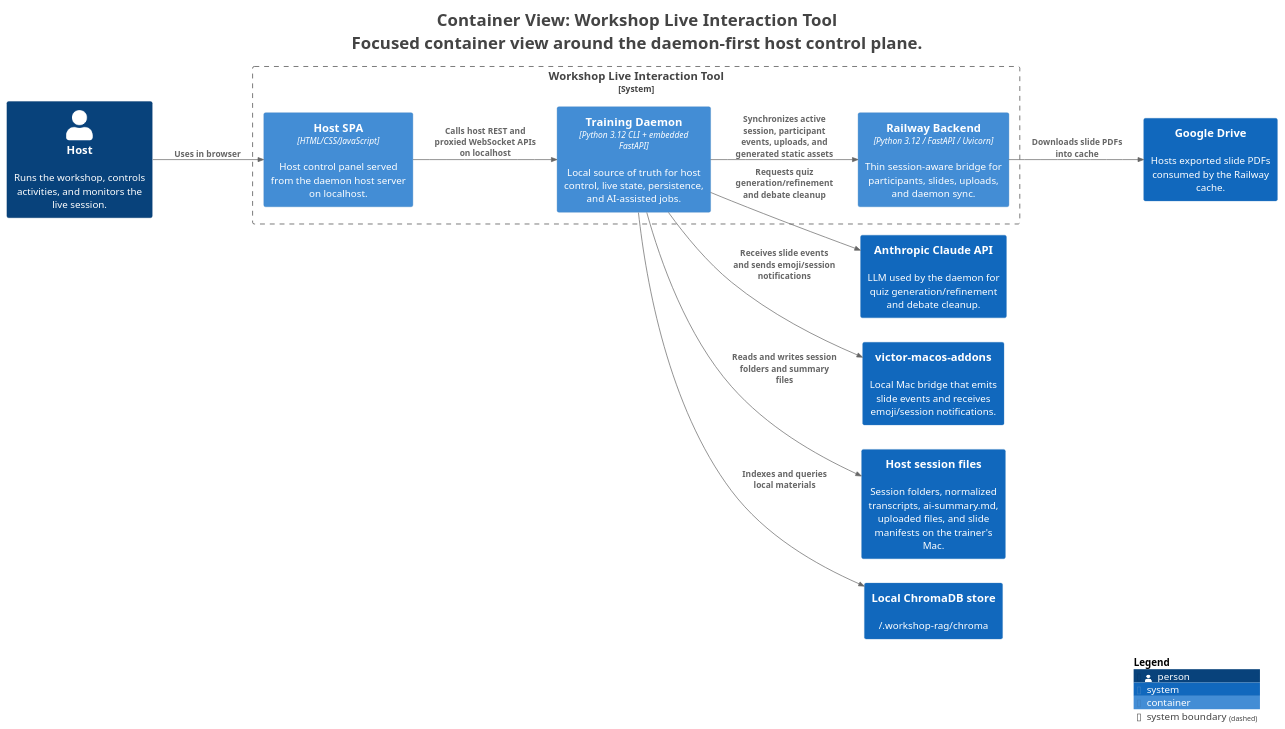
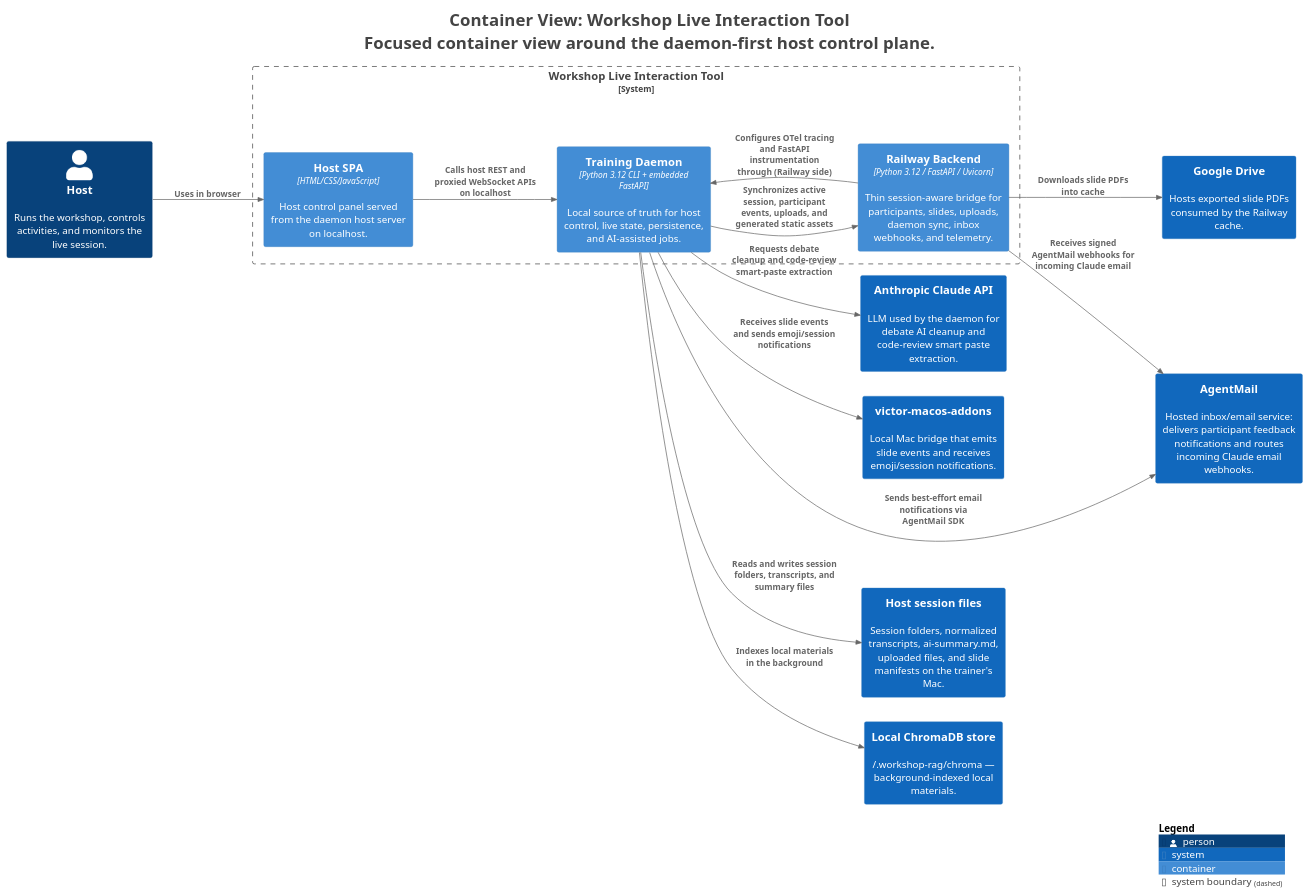
Before and after one commit to victorrentea/training-assistant: the diagram in docs/c4views/C2-Daemon-Flow.puml, drawn with PlantUML. The commit also changed 33 other files, not shown here.

```diff
--- a/docs/c4views/C2-Daemon-Flow.puml
+++ b/docs/c4views/C2-Daemon-Flow.puml
@@ -1,42 +1,46 @@
 @startuml
 title <size:24>Container View: Workshop Live Interaction Tool</size>\n<size:24>Focused container view around the daemon-first host control plane.</size>
 
 set separator none
 left to right direction
 
 <style>
   root {
     BackgroundColor: #ffffff
     FontColor: #444444
   }
 </style>
 
 !include <C4/C4>
 !include <C4/C4_Context>
 !include <C4/C4_Container>
 
 Person(Host, "Host", $descr="Runs the workshop, controls activities, and monitors the live session.", $tags="", $link="")
-System(AnthropicClaudeAPI, "Anthropic Claude API", $descr="LLM used by the daemon for quiz generation/refinement and debate cleanup.", $tags="", $link="")
+System(AnthropicClaudeAPI, "Anthropic Claude API", $descr="LLM used by the daemon for debate AI cleanup and code-review smart paste extraction.", $tags="", $link="")
 System(victormacosaddons, "victor-macos-addons", $descr="Local Mac bridge that emits slide events and receives emoji/session notifications.", $tags="", $link="")
 System(GoogleDrive, "Google Drive", $descr="Hosts exported slide PDFs consumed by the Railway cache.", $tags="", $link="")
+System(AgentMail, "AgentMail", $descr="Hosted inbox/email service: delivers participant feedback notifications and routes incoming Claude email webhooks.", $tags="", $link="")
 System(Hostsessionfiles, "Host session files", $descr="Session folders, normalized transcripts, ai-summary.md, uploaded files, and slide manifests on the trainer's Mac.", $tags="", $link="")
-System(LocalChromaDBstore, "Local ChromaDB store", $descr="~/.workshop-rag/chroma", $tags="", $link="")
+System(LocalChromaDBstore, "Local ChromaDB store", $descr="~/.workshop-rag/chroma — background-indexed local materials.", $tags="", $link="")
 
 System_Boundary("WorkshopLiveInteractionTool_boundary", "Workshop Live Interaction Tool", $tags="") {
   Container(WorkshopLiveInteractionTool.HostSPA, "Host SPA", $techn="HTML/CSS/JavaScript", $descr="Host control panel served from the daemon host server on localhost.", $tags="", $link="")
-  Container(WorkshopLiveInteractionTool.RailwayBackend, "Railway Backend", $techn="Python 3.12 / FastAPI / Uvicorn", $descr="Thin session-aware bridge for participants, slides, uploads, and daemon sync.", $tags="", $link="")
+  Container(WorkshopLiveInteractionTool.RailwayBackend, "Railway Backend", $techn="Python 3.12 / FastAPI / Uvicorn", $descr="Thin session-aware bridge for participants, slides, uploads, daemon sync, inbox webhooks, and telemetry.", $tags="", $link="")
   Container(WorkshopLiveInteractionTool.TrainingDaemon, "Training Daemon", $techn="Python 3.12 CLI + embedded FastAPI", $descr="Local source of truth for host control, live state, persistence, and AI-assisted jobs.", $tags="", $link="")
 }
 
 Rel(Host, WorkshopLiveInteractionTool.HostSPA, "Uses in browser", $techn="", $tags="", $link="")
 Rel(WorkshopLiveInteractionTool.HostSPA, WorkshopLiveInteractionTool.TrainingDaemon, "Calls host REST and proxied WebSocket APIs on localhost", $techn="", $tags="", $link="")
 Rel(WorkshopLiveInteractionTool.TrainingDaemon, WorkshopLiveInteractionTool.RailwayBackend, "Synchronizes active session, participant events, uploads, and generated static assets", $techn="", $tags="", $link="")
-Rel(WorkshopLiveInteractionTool.TrainingDaemon, AnthropicClaudeAPI, "Requests quiz generation/refinement and debate cleanup", $techn="", $tags="", $link="")
+Rel(WorkshopLiveInteractionTool.TrainingDaemon, AnthropicClaudeAPI, "Requests debate cleanup and code-review smart-paste extraction", $techn="", $tags="", $link="")
 Rel(WorkshopLiveInteractionTool.TrainingDaemon, victormacosaddons, "Receives slide events and sends emoji/session notifications", $techn="", $tags="", $link="")
-Rel(WorkshopLiveInteractionTool.TrainingDaemon, Hostsessionfiles, "Reads and writes session folders and summary files", $techn="", $tags="", $link="")
-Rel(WorkshopLiveInteractionTool.TrainingDaemon, LocalChromaDBstore, "Indexes and queries local materials", $techn="", $tags="", $link="")
+Rel(WorkshopLiveInteractionTool.TrainingDaemon, AgentMail, "Sends best-effort email notifications via AgentMail SDK", $techn="", $tags="", $link="")
+Rel(WorkshopLiveInteractionTool.TrainingDaemon, Hostsessionfiles, "Reads and writes session folders, transcripts, and summary files", $techn="", $tags="", $link="")
+Rel(WorkshopLiveInteractionTool.TrainingDaemon, LocalChromaDBstore, "Indexes local materials in the background", $techn="", $tags="", $link="")
 Rel(WorkshopLiveInteractionTool.RailwayBackend, GoogleDrive, "Downloads slide PDFs into cache", $techn="", $tags="", $link="")
+Rel(WorkshopLiveInteractionTool.RailwayBackend, AgentMail, "Receives signed AgentMail webhooks for incoming Claude email", $techn="", $tags="", $link="")
+Rel(WorkshopLiveInteractionTool.RailwayBackend, WorkshopLiveInteractionTool.TrainingDaemon, "Configures OTel tracing and FastAPI instrumentation through (Railway side)", $techn="", $tags="", $link="")
 
 SHOW_LEGEND(true)
 hide stereotypes
 @enduml
```
